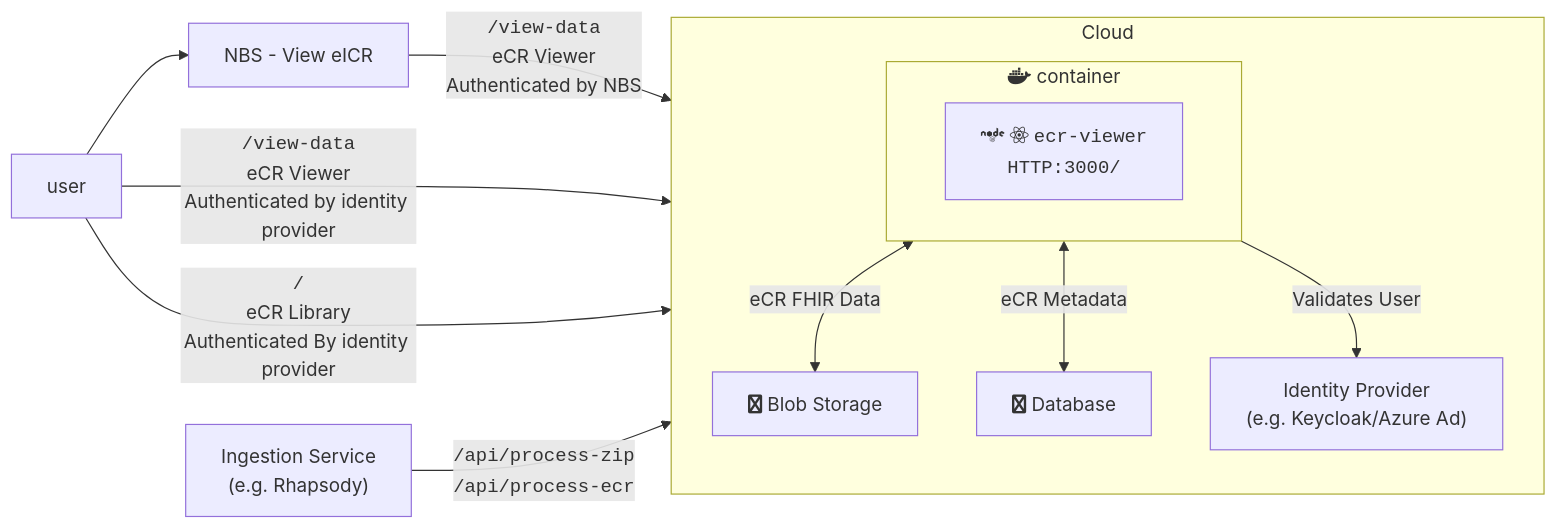
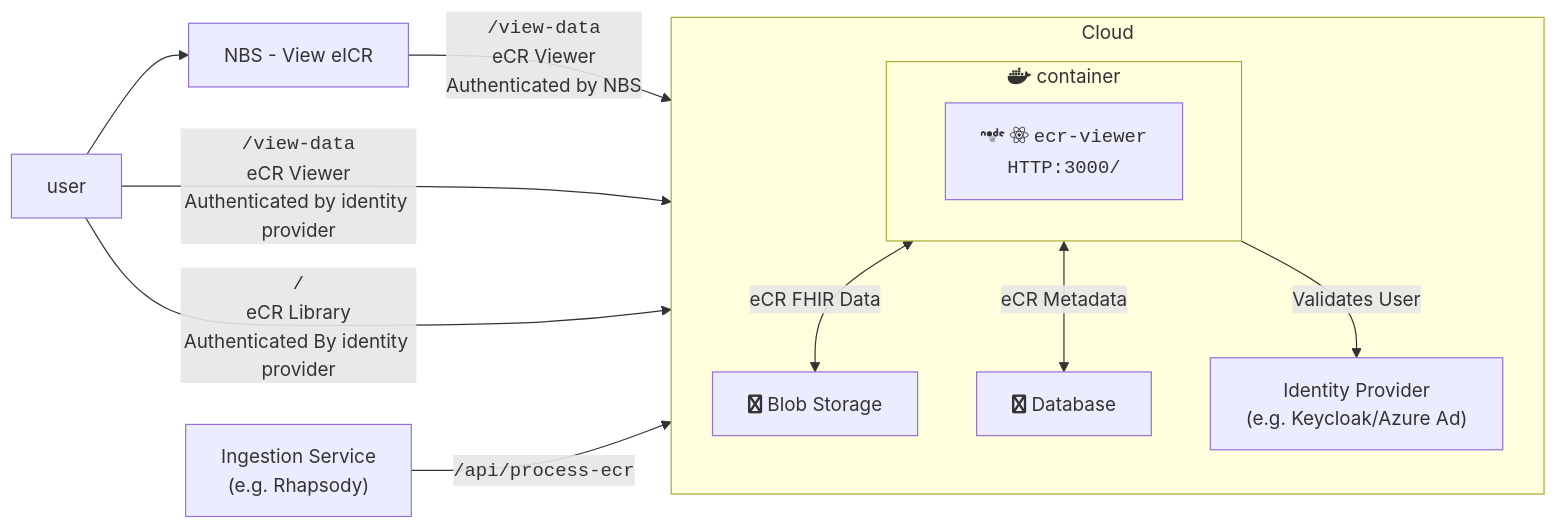
Before and after one commit to CDCgov/dibbs-ecr-viewer: the third of 3 diagrams in containers/ecr-viewer/guide.md, drawn with Mermaid. The commit also changed other lines of this file, not shown here.

Commit message:
docs: un-document process-zip

````diff
--- a/containers/ecr-viewer/guide.md
+++ b/containers/ecr-viewer/guide.md
@@ -64,23 +64,23 @@
 ```mermaid
 flowchart LR
   user
   nbs["NBS - View eICR"]
   ingestion["Ingestion Service<br>(e.g. Rhapsody)"]
   subgraph service[Cloud]
     direction TB
     subgraph container["fab:fa-docker container"]
       viewer["fab:fa-node fab:fa-react <code>ecr-viewer<br>HTTP:3000/</code>"]
     end
     blobStorage["fab:fa-file Blob Storage"]
     metadata["fab:fa-database Database"]
     identityProvider["Identity Provider<br>(e.g. Keycloak/Azure Ad)"]
 	container <--> |eCR FHIR Data| blobStorage
 	container <--> |eCR Metadata| metadata
     container -->|Validates User| identityProvider
   end
   user --> nbs
   nbs -->|<code>/view-data</code><br>eCR Viewer<br>Authenticated by NBS| container
   user -->|<code>/view-data</code><br>eCR Viewer<br>Authenticated by identity provider| container
   user -->|<code>/</code><br>eCR Library<br>Authenticated By identity provider| container
-  ingestion -->|<code>/api/process-zip<br>/api/process-ecr</code>| container
+  ingestion -->|<code>/api/process-ecr</code>| container
 ```
````
